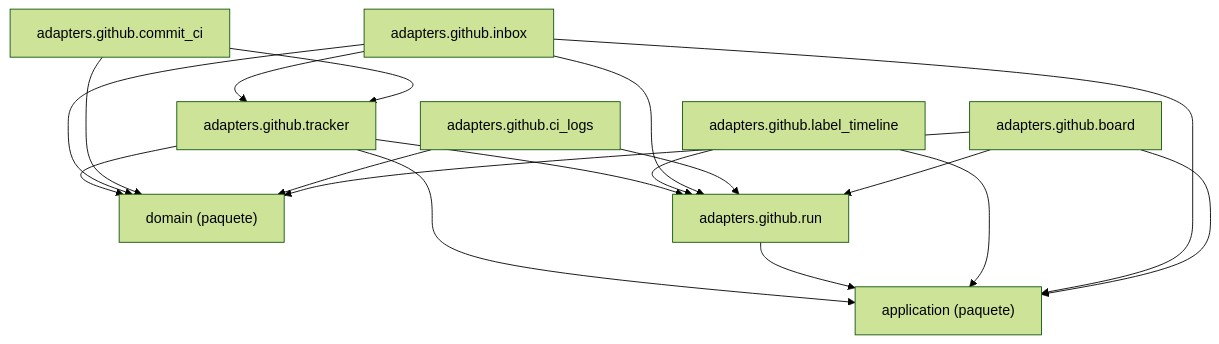
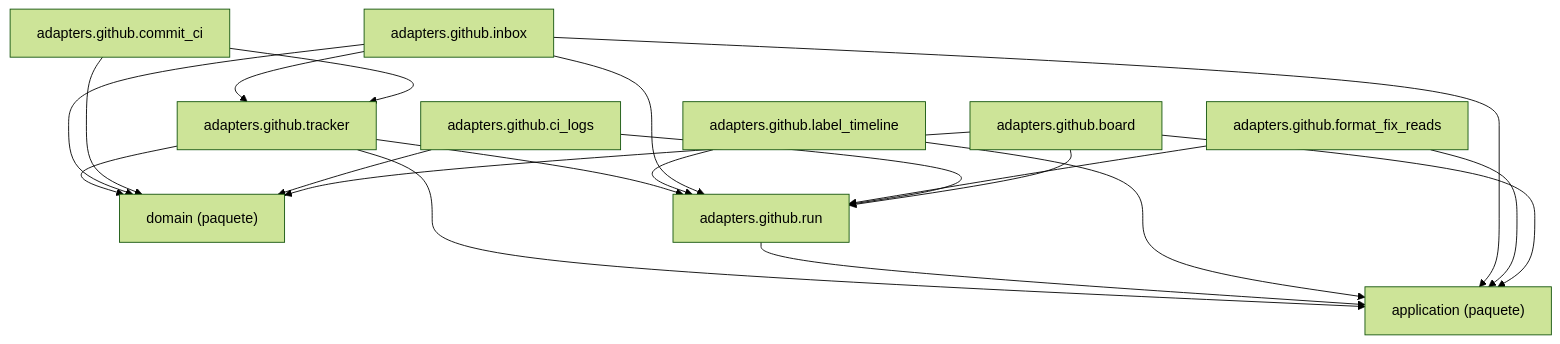
One commit to GonzaloZevallos/agentic-system changed the diagram in docs/architecture/generated/packages-process-adapters-github.md. Above: the diagram before and after it, drawn with Mermaid (forest theme). The commit also changed 20 other files, not shown here.

First line of the commit message:
Add the FormatFixReads port with its git ancestry and gh adapters

````diff
--- a/docs/architecture/generated/packages-process-adapters-github.md
+++ b/docs/architecture/generated/packages-process-adapters-github.md
@@ -14,29 +14,32 @@
 ```mermaid
 graph TD
     g_pkg__application["application (paquete)"]
     g_pkg__domain["domain (paquete)"]
     m_adapters__github__board["adapters.github.board"]
     m_adapters__github__ci_logs["adapters.github.ci_logs"]
     m_adapters__github__commit_ci["adapters.github.commit_ci"]
+    m_adapters__github__format_fix_reads["adapters.github.format_fix_reads"]
     m_adapters__github__inbox["adapters.github.inbox"]
     m_adapters__github__label_timeline["adapters.github.label_timeline"]
     m_adapters__github__run["adapters.github.run"]
     m_adapters__github__tracker["adapters.github.tracker"]
     m_adapters__github__board --> g_pkg__application
     m_adapters__github__board --> g_pkg__domain
     m_adapters__github__board --> m_adapters__github__run
     m_adapters__github__ci_logs --> g_pkg__domain
     m_adapters__github__ci_logs --> m_adapters__github__run
     m_adapters__github__commit_ci --> g_pkg__domain
     m_adapters__github__commit_ci --> m_adapters__github__tracker
+    m_adapters__github__format_fix_reads --> g_pkg__application
+    m_adapters__github__format_fix_reads --> m_adapters__github__run
     m_adapters__github__inbox --> g_pkg__application
     m_adapters__github__inbox --> g_pkg__domain
     m_adapters__github__inbox --> m_adapters__github__run
     m_adapters__github__inbox --> m_adapters__github__tracker
     m_adapters__github__label_timeline --> g_pkg__application
     m_adapters__github__label_timeline --> m_adapters__github__run
     m_adapters__github__run --> g_pkg__application
     m_adapters__github__tracker --> g_pkg__application
     m_adapters__github__tracker --> g_pkg__domain
     m_adapters__github__tracker --> m_adapters__github__run
 ```
````
